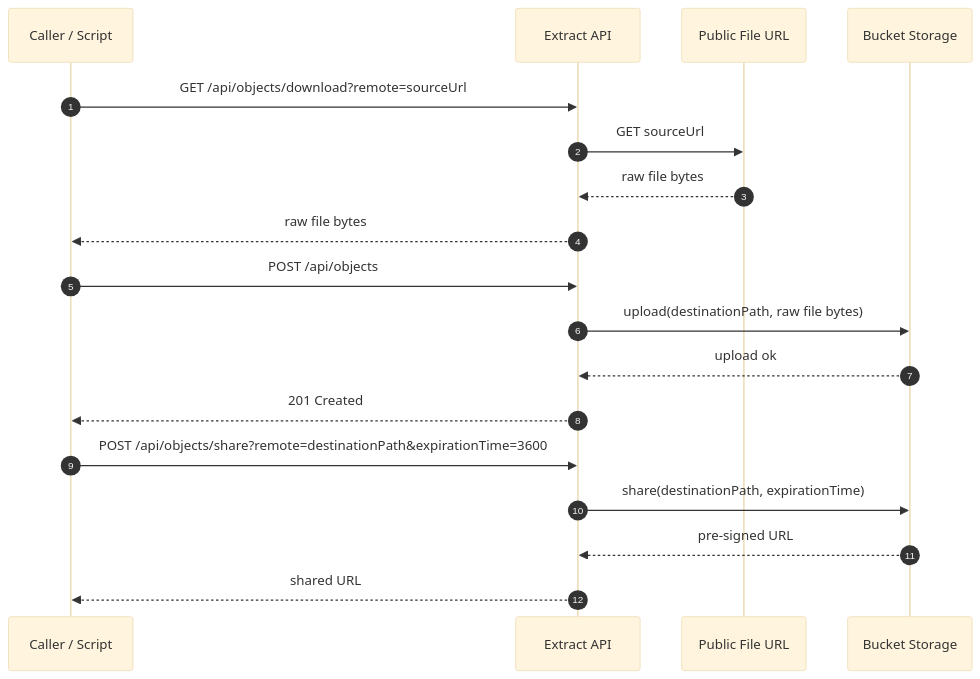
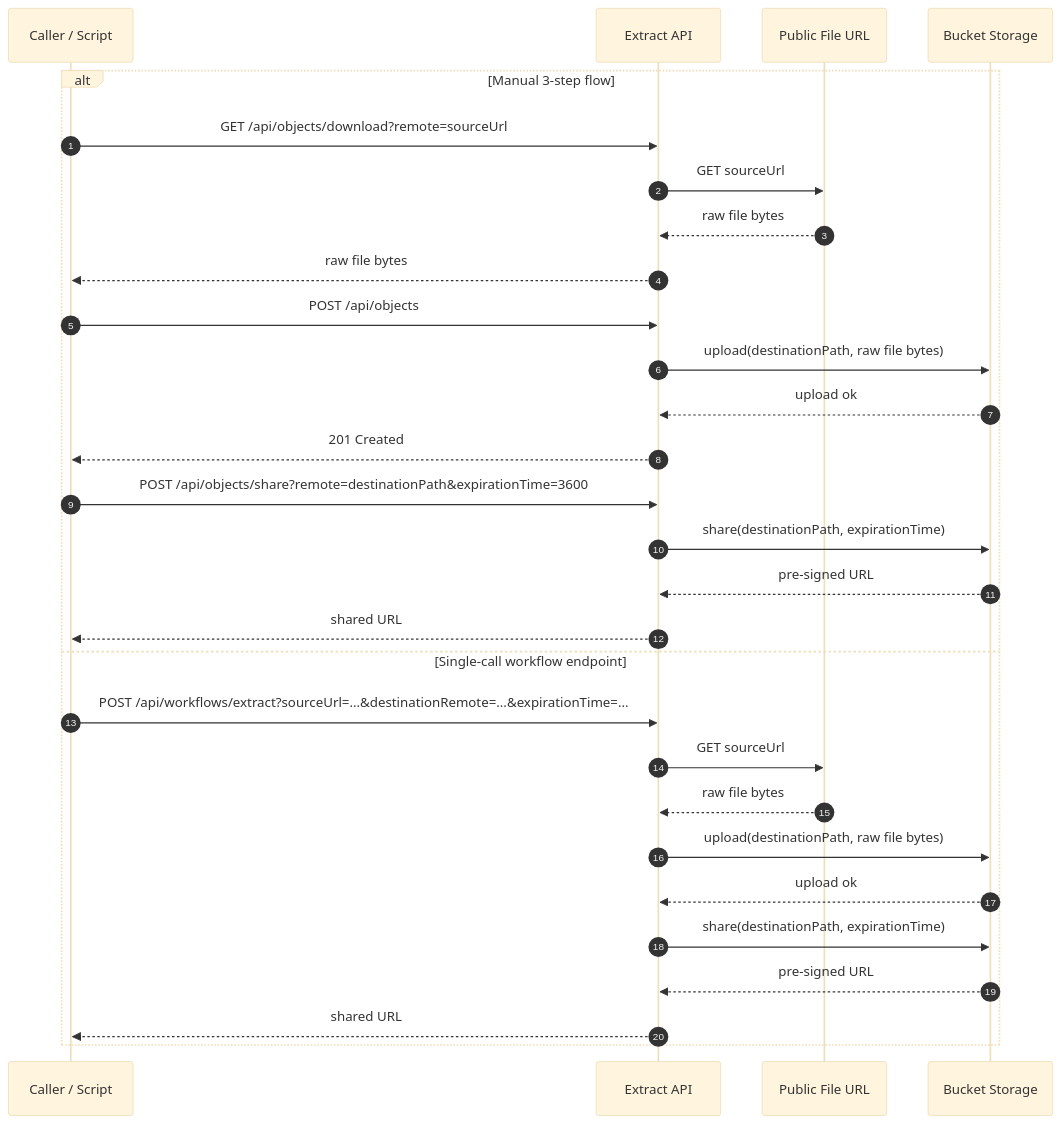
The diagram in docs/extractor/sprint-001-extract-workflow.md (CPNV-ES-BI-RIA-PROJECT/ria2-extract), drawn with Mermaid (base theme) before and after one commit. The commit also changed other lines of this file, not shown here.

Commit message:
docs: added single workflow endpoint documentation

````diff
--- a/docs/extractor/sprint-001-extract-workflow.md
+++ b/docs/extractor/sprint-001-extract-workflow.md
@@ -47,24 +52,35 @@
 ```mermaid
 sequenceDiagram
     autonumber
 
     participant caller as Caller / Script
     participant extract as Extract API
     participant source as Public File URL
     participant bucket as Bucket Storage
 
-    caller->>extract: GET /api/objects/download?remote=sourceUrl
-    extract->>source: GET sourceUrl
-    source-->>extract: raw file bytes
-    extract-->>caller: raw file bytes
+    alt Manual 3-step flow
+        caller->>extract: GET /api/objects/download?remote=sourceUrl
+        extract->>source: GET sourceUrl
+        source-->>extract: raw file bytes
+        extract-->>caller: raw file bytes
 
-    caller->>extract: POST /api/objects
-    extract->>bucket: upload(destinationPath, raw file bytes)
-    bucket-->>extract: upload ok
-    extract-->>caller: 201 Created
+        caller->>extract: POST /api/objects
+        extract->>bucket: upload(destinationPath, raw file bytes)
+        bucket-->>extract: upload ok
+        extract-->>caller: 201 Created
 
-    caller->>extract: POST /api/objects/share?remote=destinationPath&expirationTime=3600
-    extract->>bucket: share(destinationPath, expirationTime)
-    bucket-->>extract: pre-signed URL
-    extract-->>caller: shared URL
+        caller->>extract: POST /api/objects/share?remote=destinationPath&expirationTime=3600
+        extract->>bucket: share(destinationPath, expirationTime)
+        bucket-->>extract: pre-signed URL
+        extract-->>caller: shared URL
+    else Single-call workflow endpoint
+        caller->>extract: POST /api/workflows/extract?sourceUrl=...&destinationRemote=...&expirationTime=...
+        extract->>source: GET sourceUrl
+        source-->>extract: raw file bytes
+        extract->>bucket: upload(destinationPath, raw file bytes)
+        bucket-->>extract: upload ok
+        extract->>bucket: share(destinationPath, expirationTime)
+        bucket-->>extract: pre-signed URL
+        extract-->>caller: shared URL
+    end
 ```
````
